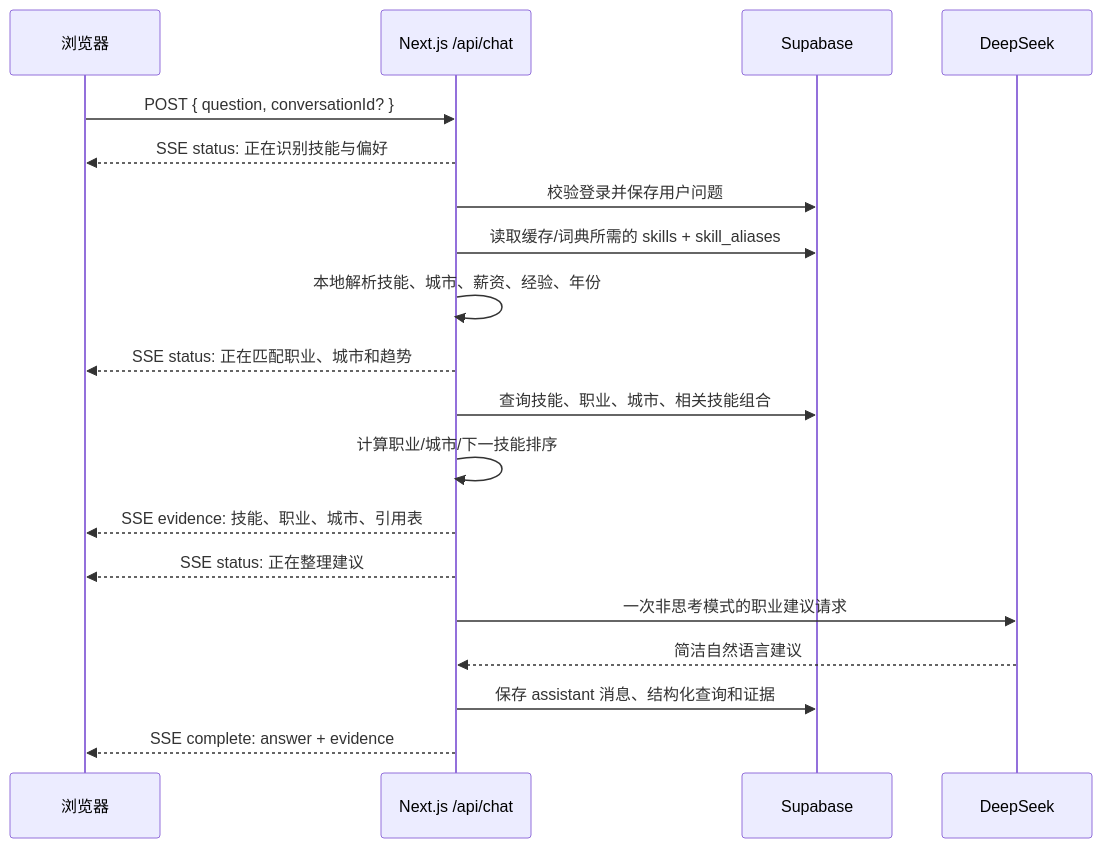
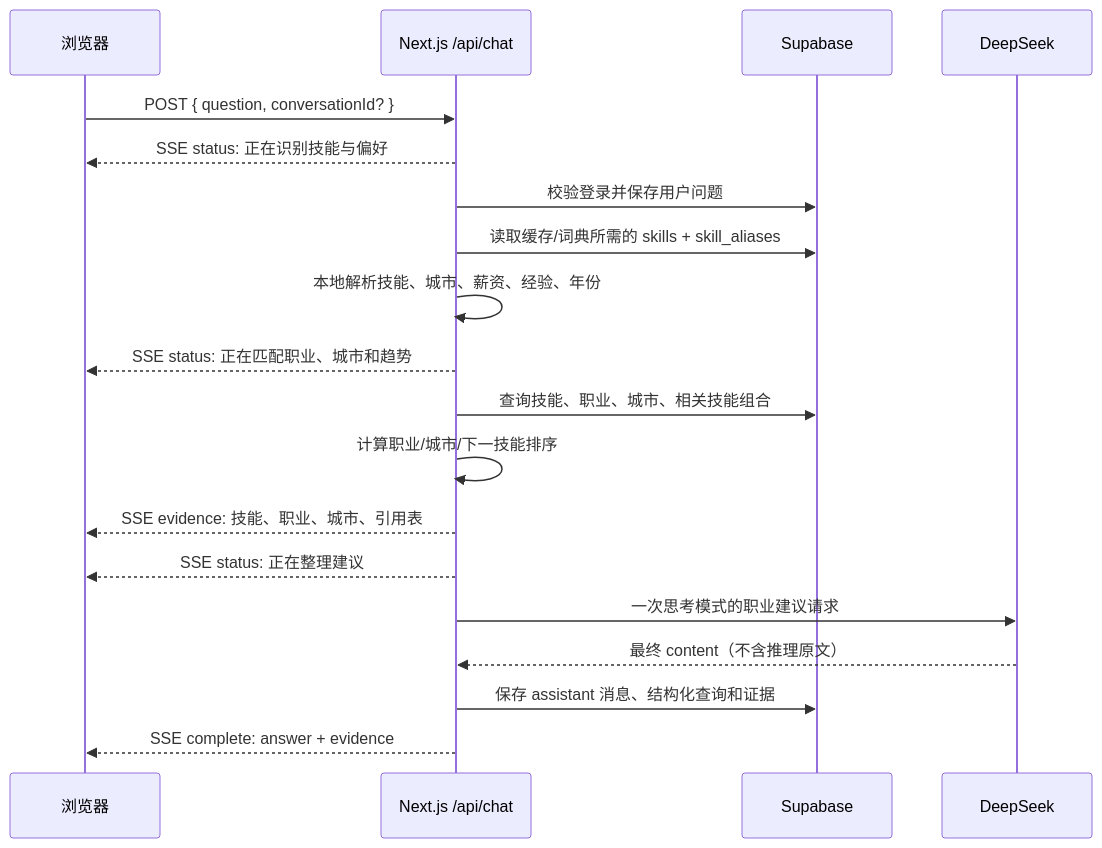
Before and after one commit to sunny20060815/career_vector: the second of 2 diagrams in docs/PROJECT_ARCHITECTURE.md, drawn with Mermaid. The commit also changed other lines of this file and 1 other file, not shown here.

````diff
--- a/docs/PROJECT_ARCHITECTURE.md
+++ b/docs/PROJECT_ARCHITECTURE.md
@@ -106,22 +106,22 @@
 ```mermaid
 sequenceDiagram
   participant B as 浏览器
   participant N as Next.js /api/chat
   participant S as Supabase
   participant D as DeepSeek
 
   B->>N: POST { question, conversationId? }
   N-->>B: SSE status: 正在识别技能与偏好
   N->>S: 校验登录并保存用户问题
   N->>S: 读取缓存/词典所需的 skills + skill_aliases
   N->>N: 本地解析技能、城市、薪资、经验、年份
   N-->>B: SSE status: 正在匹配职业、城市和趋势
   N->>S: 查询技能、职业、城市、相关技能组合
   N->>N: 计算职业/城市/下一技能排序
   N-->>B: SSE evidence: 技能、职业、城市、引用表
   N-->>B: SSE status: 正在整理建议
-  N->>D: 一次非思考模式的职业建议请求
-  D-->>N: 简洁自然语言建议
+  N->>D: 一次思考模式的职业建议请求
+  D-->>N: 最终 content（不含推理原文）
   N->>S: 保存 assistant 消息、结构化查询和证据
   N-->>B: SSE complete: answer + evidence
 ```
````
